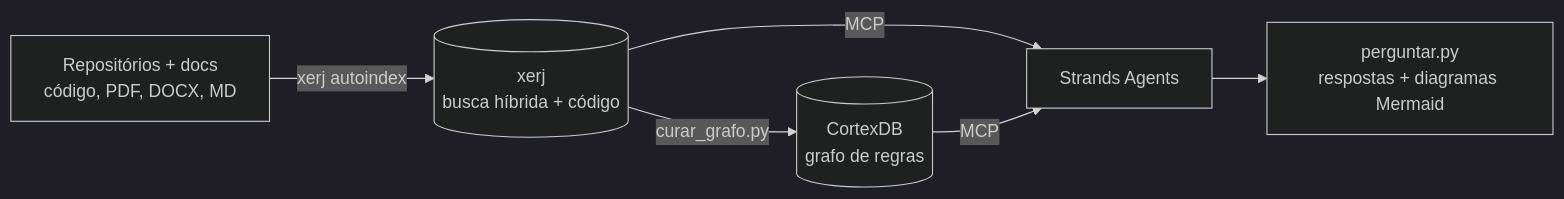
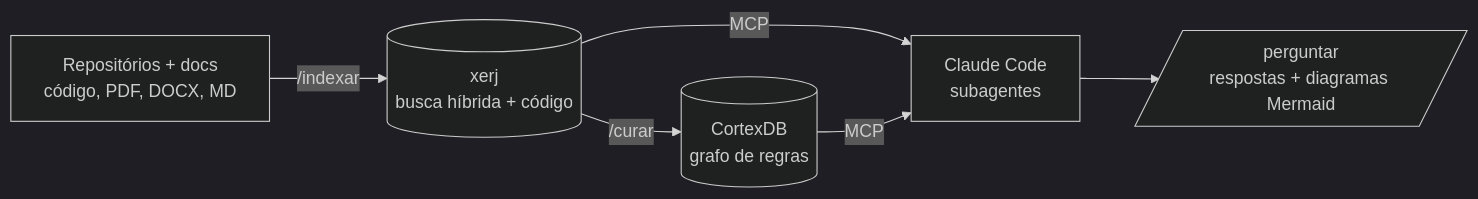
One commit to osnirmaster/getyourbrain changed the diagram in README.md. Above: the diagram before and after it, drawn with Mermaid (dark theme). The commit also changed other lines of this file and 2506 other files, not shown here.

First line of the commit message:
Servidores xerj e CortexDB locais e isolados, orquestrados pelo Claude Code

````diff
--- a/README.md
+++ b/README.md
@@ -10,8 +9,8 @@
 ```mermaid
 flowchart LR
-    R[Repositórios + docs<br/>código, PDF, DOCX, MD] -->|xerj autoindex| X[(xerj<br/>busca híbrida + código)]
-    X -->|curar_grafo.py| C[(CortexDB<br/>grafo de regras)]
-    X -- MCP --> S[Strands Agents]
+    R[Repositórios + docs<br/>código, PDF, DOCX, MD] -->|/indexar| X[(xerj<br/>busca híbrida + código)]
+    X -->|/curar| C[(CortexDB<br/>grafo de regras)]
+    X -- MCP --> S[Claude Code<br/>subagentes]
     C -- MCP --> S
-    S --> U[perguntar.py<br/>respostas + diagramas Mermaid]
+    S --> U[/perguntar<br/>respostas + diagramas Mermaid/]
 ```
````
